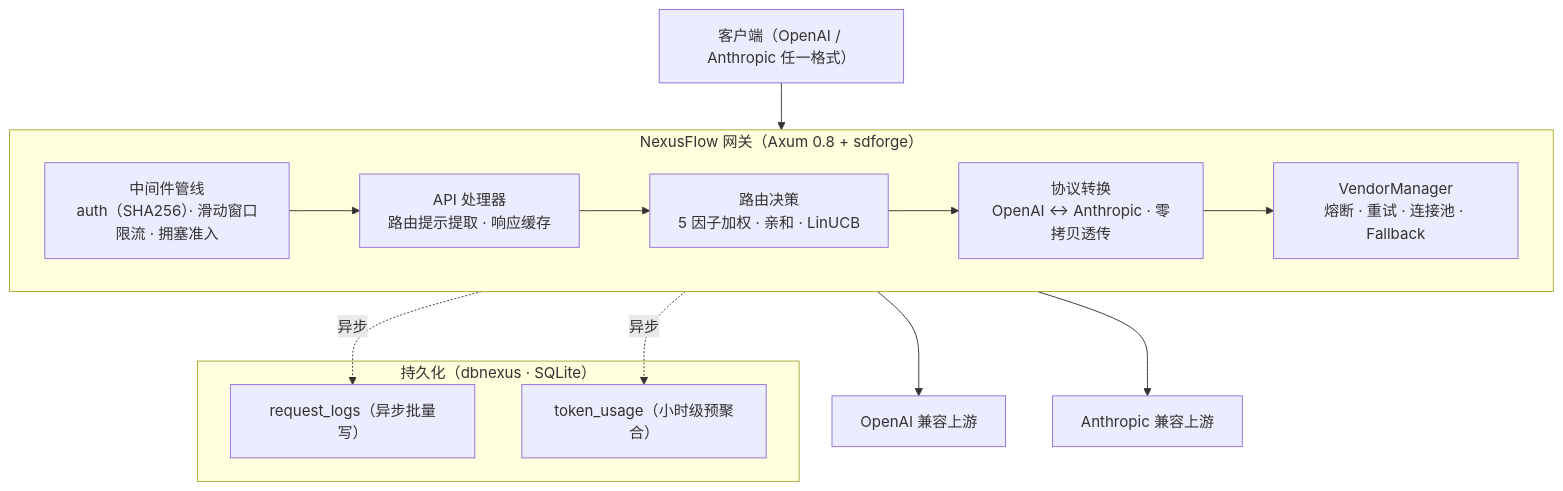
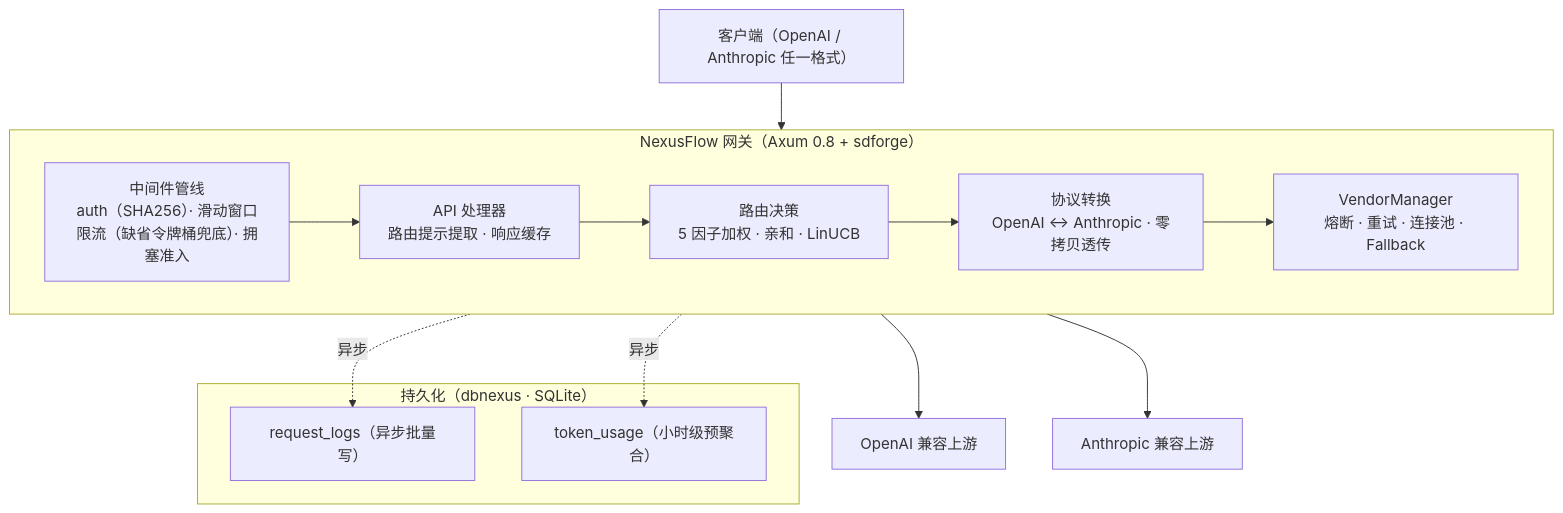
One commit to Kirky-X/fluxgate changed the diagram in README.md. Above: the diagram before and after it, drawn with Mermaid. The commit also changed other lines of this file and 3 other files, not shown here.

````diff
--- a/README.md
+++ b/README.md
@@ -184,28 +184,28 @@
 ```mermaid
 flowchart TB
     Client["客户端（OpenAI / Anthropic 任一格式）"]
 
     subgraph GW["NexusFlow 网关（Axum 0.8 + sdforge）"]
         direction LR
-        MW["中间件管线<br/>auth（SHA256）· 滑动窗口限流 · 拥塞准入"]
+        MW["中间件管线<br/>auth（SHA256）· 滑动窗口限流（缺省令牌桶兜底）· 拥塞准入"]
         Handler["API 处理器<br/>路由提示提取 · 响应缓存"]
         Router["路由决策<br/>5 因子加权 · 亲和 · LinUCB"]
         Conv["协议转换<br/>OpenAI ↔ Anthropic · 零拷贝透传"]
         Vendor["VendorManager<br/>熔断 · 重试 · 连接池 · Fallback"]
         MW --> Handler --> Router --> Conv --> Vendor
     end
 
     subgraph Store["持久化（dbnexus · SQLite）"]
         Logs["request_logs（异步批量写）"]
         Agg["token_usage（小时级预聚合）"]
     end
 
     UP1["OpenAI 兼容上游"]
     UP2["Anthropic 兼容上游"]
 
     Client --> MW
     Vendor --> UP1
     Vendor --> UP2
     Vendor -.异步.-> Logs
     Vendor -.异步.-> Agg
 ```
````
